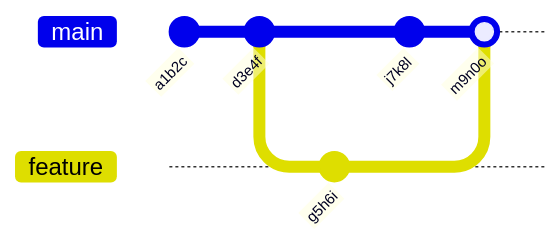
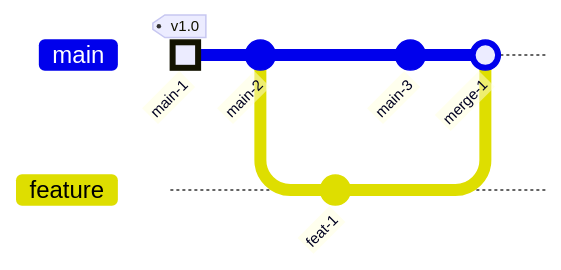
One commit to JECT-02/repo-guardian-JhonCruz changed the diagram in docs/dag.mmd. Above: the diagram before and after it, drawn with Mermaid. The commit also changed 3 other files, not shown here.

```diff
--- a/docs/dag.mmd
+++ b/docs/dag.mmd
@@ -1,9 +1,9 @@
 %% docs/dag.mmd  
-gitGraph  
-  commit id: "a1b2c" type: NORMAL  
-  commit id: "d3e4f" type: NORMAL  
-  branch feature  
-  commit id: "g5h6i" type: NORMAL  
-  checkout main  
-  commit id: "j7k8l" type: NORMAL  
-  merge feature id: "m9n0o"  
+gitGraph
+  commit id: "main-1" tag: "v1.0" type: HIGHLIGHT
+  commit id: "main-2"
+  branch feature
+  commit id: "feat-1"
+  checkout main
+  commit id: "main-3"
+  merge feature id: "merge-1"
```
